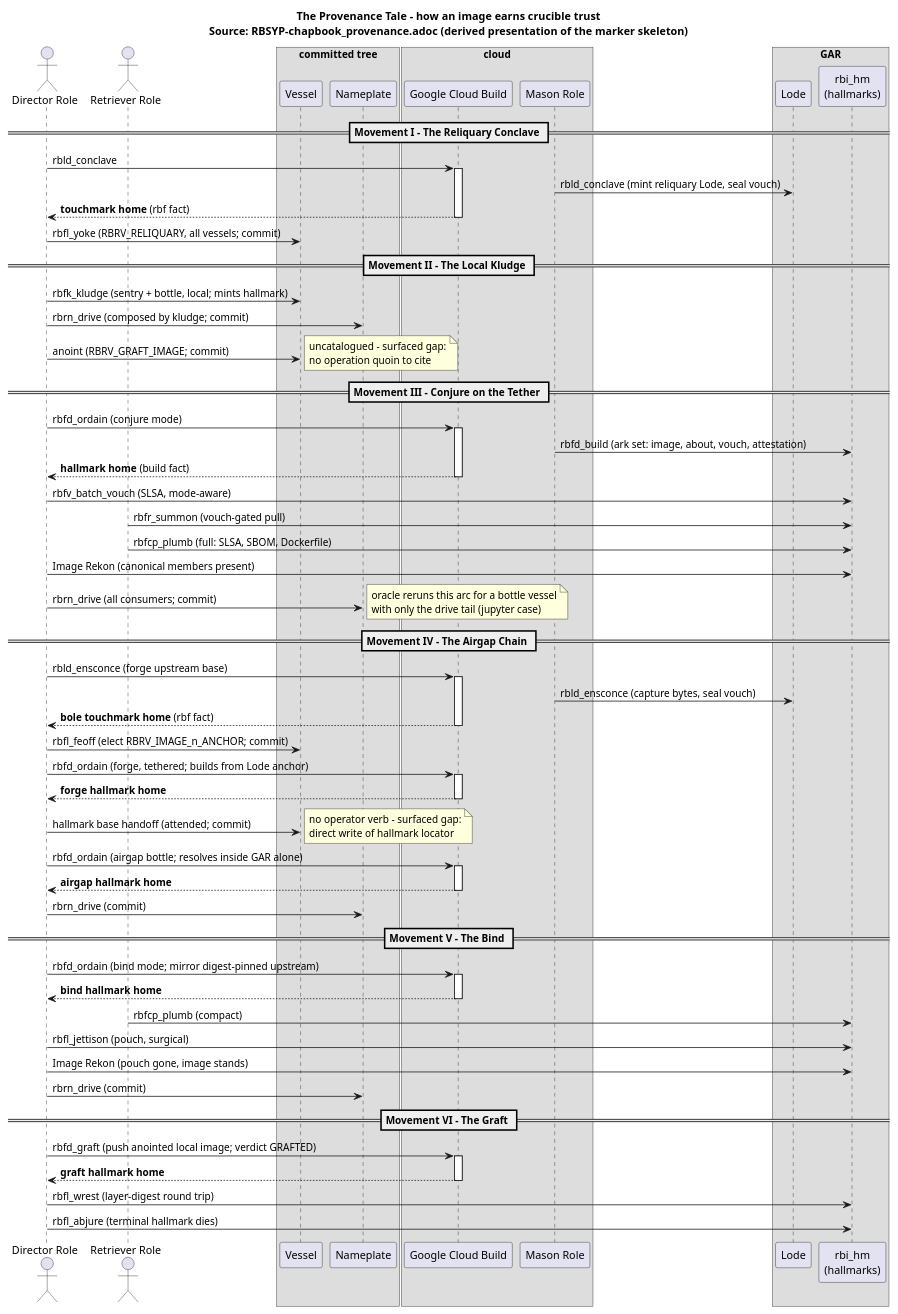
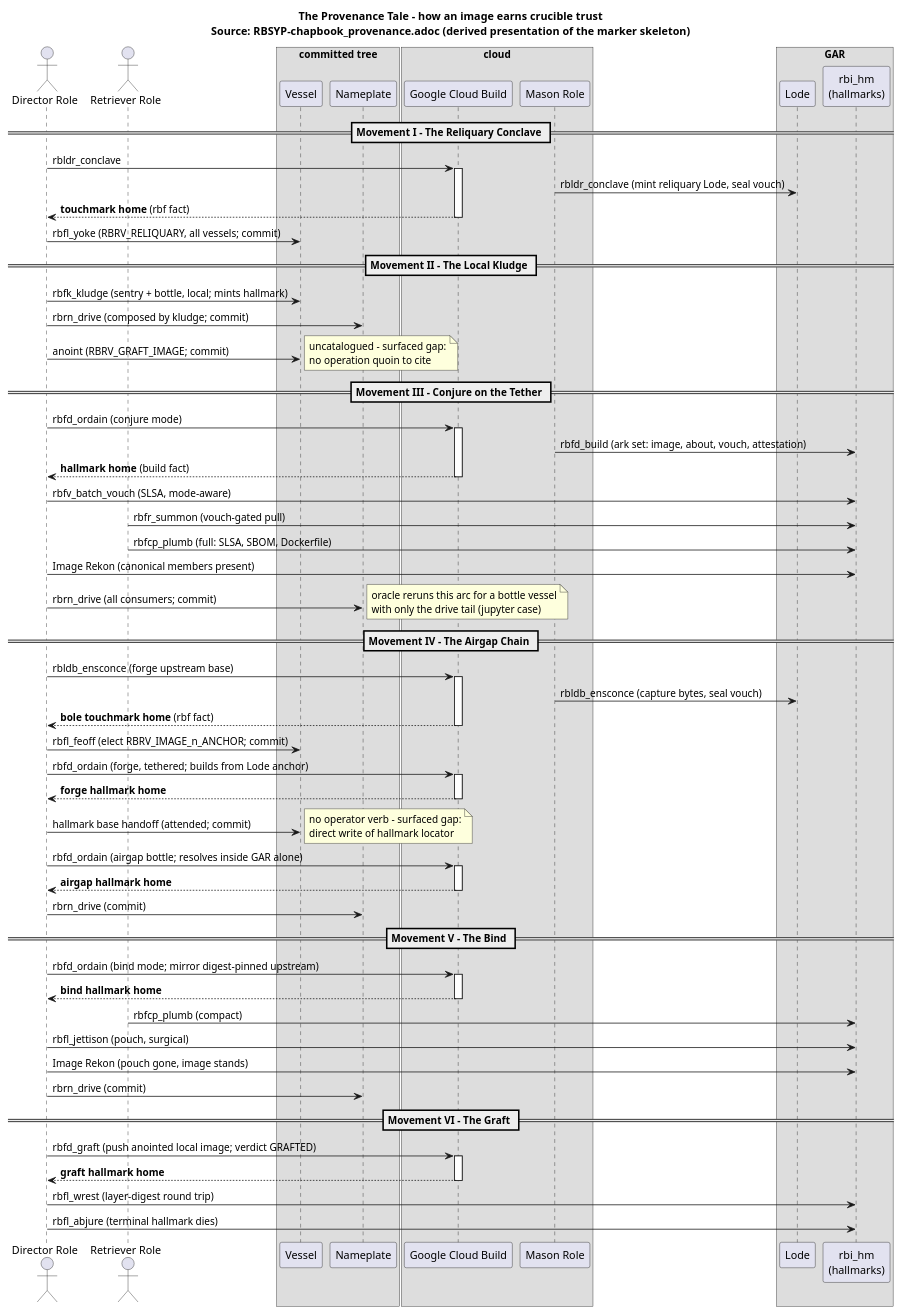
The diagram in vov_veiled/diagrams/rbdgp_provenance-tale.puml (bhyslop/recipemuster), drawn with PlantUML before and after one commit. The commit also changed 19 other files, not shown here.

```diff
--- a/vov_veiled/diagrams/rbdgp_provenance-tale.puml
+++ b/vov_veiled/diagrams/rbdgp_provenance-tale.puml
@@ -1,89 +1,89 @@
 @startuml
 title The Provenance Tale - how an image earns crucible trust\nSource: RBSYP-chapbook_provenance.adoc (derived presentation of the marker skeleton)
 
 actor "Director Role" as DIR
 actor "Retriever Role" as RET
 box "committed tree"
 participant "Vessel" as VES
 participant "Nameplate" as NPL
 end box
 box "cloud"
 participant "Google Cloud Build" as GCB
 participant "Mason Role" as MAS
 end box
 box "GAR"
 participant "Lode" as LODE
 participant "rbi_hm\n(hallmarks)" as HM
 end box
 
 == Movement I - The Reliquary Conclave ==
 
-DIR -> GCB : rbld_conclave
+DIR -> GCB : rbldr_conclave
 activate GCB
-MAS -> LODE : rbld_conclave (mint reliquary Lode, seal vouch)
+MAS -> LODE : rbldr_conclave (mint reliquary Lode, seal vouch)
 GCB --> DIR : **touchmark home** (rbf fact)
 deactivate GCB
 DIR -> VES : rbfl_yoke (RBRV_RELIQUARY, all vessels; commit)
 
 == Movement II - The Local Kludge ==
 
 DIR -> VES : rbfk_kludge (sentry + bottle, local; mints hallmark)
 DIR -> NPL : rbrn_drive (composed by kludge; commit)
 DIR -> VES : anoint (RBRV_GRAFT_IMAGE; commit)
 note right : uncatalogued - surfaced gap:\nno operation quoin to cite
 
 == Movement III - Conjure on the Tether ==
 
 DIR -> GCB : rbfd_ordain (conjure mode)
 activate GCB
 MAS -> HM : rbfd_build (ark set: image, about, vouch, attestation)
 GCB --> DIR : **hallmark home** (build fact)
 deactivate GCB
 DIR -> HM : rbfv_batch_vouch (SLSA, mode-aware)
 RET -> HM : rbfr_summon (vouch-gated pull)
 RET -> HM : rbfcp_plumb (full: SLSA, SBOM, Dockerfile)
 DIR -> HM : Image Rekon (canonical members present)
 DIR -> NPL : rbrn_drive (all consumers; commit)
 note right : oracle reruns this arc for a bottle vessel\nwith only the drive tail (jupyter case)
 
 == Movement IV - The Airgap Chain ==
 
-DIR -> GCB : rbld_ensconce (forge upstream base)
+DIR -> GCB : rbldb_ensconce (forge upstream base)
 activate GCB
-MAS -> LODE : rbld_ensconce (capture bytes, seal vouch)
+MAS -> LODE : rbldb_ensconce (capture bytes, seal vouch)
 GCB --> DIR : **bole touchmark home** (rbf fact)
 deactivate GCB
 DIR -> VES : rbfl_feoff (elect RBRV_IMAGE_n_ANCHOR; commit)
 DIR -> GCB : rbfd_ordain (forge, tethered; builds from Lode anchor)
 activate GCB
 GCB --> DIR : **forge hallmark home**
 deactivate GCB
 DIR -> VES : hallmark base handoff (attended; commit)
 note right : no operator verb - surfaced gap:\ndirect write of hallmark locator
 DIR -> GCB : rbfd_ordain (airgap bottle; resolves inside GAR alone)
 activate GCB
 GCB --> DIR : **airgap hallmark home**
 deactivate GCB
 DIR -> NPL : rbrn_drive (commit)
 
 == Movement V - The Bind ==
 
 DIR -> GCB : rbfd_ordain (bind mode; mirror digest-pinned upstream)
 activate GCB
 GCB --> DIR : **bind hallmark home**
 deactivate GCB
 RET -> HM : rbfcp_plumb (compact)
 DIR -> HM : rbfl_jettison (pouch, surgical)
 DIR -> HM : Image Rekon (pouch gone, image stands)
 DIR -> NPL : rbrn_drive (commit)
 
 == Movement VI - The Graft ==
 
 DIR -> GCB : rbfd_graft (push anointed local image; verdict GRAFTED)
 activate GCB
 GCB --> DIR : **graft hallmark home**
 deactivate GCB
 DIR -> HM : rbfl_wrest (layer-digest round trip)
 DIR -> HM : rbfl_abjure (terminal hallmark dies)
 
 @enduml
```
